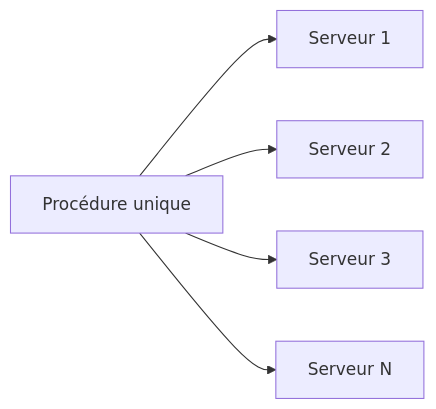
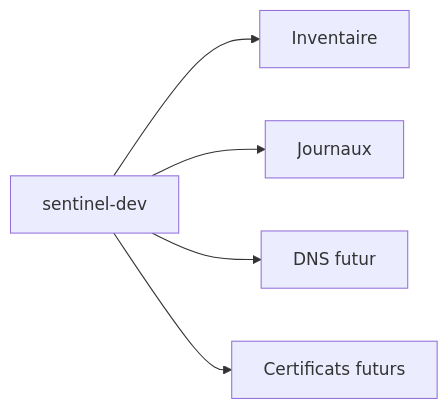
One commit to tdelaclos/formations changed the third of 4 diagrams in campagne 1/1.2-installation-almalinux-minimal.md. Above: the diagram before and after it, drawn with Mermaid. The commit also changed other lines of this file and 10 other files, not shown here.

````diff
--- a/campagne 1/1.2-installation-almalinux-minimal.md
+++ b/campagne 1/1.2-installation-almalinux-minimal.md
@@ -793,13 +124,7 @@
 ```mermaid
 flowchart LR
-
-A["Procédure unique"]
-
-A --> B["Serveur 1"]
-
-A --> C["Serveur 2"]
-
-A --> D["Serveur 3"]
-
-A --> E["Serveur N"]
+    Name["sentinel-dev"] --> Inventory["Inventaire"]
+    Name --> Logs["Journaux"]
+    Name --> DNS["DNS futur"]
+    Name --> TLS["Certificats futurs"]
 ```
````
